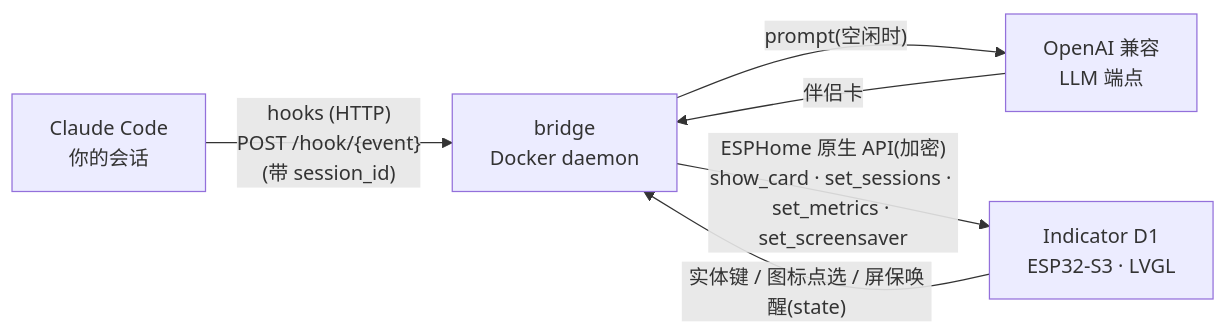
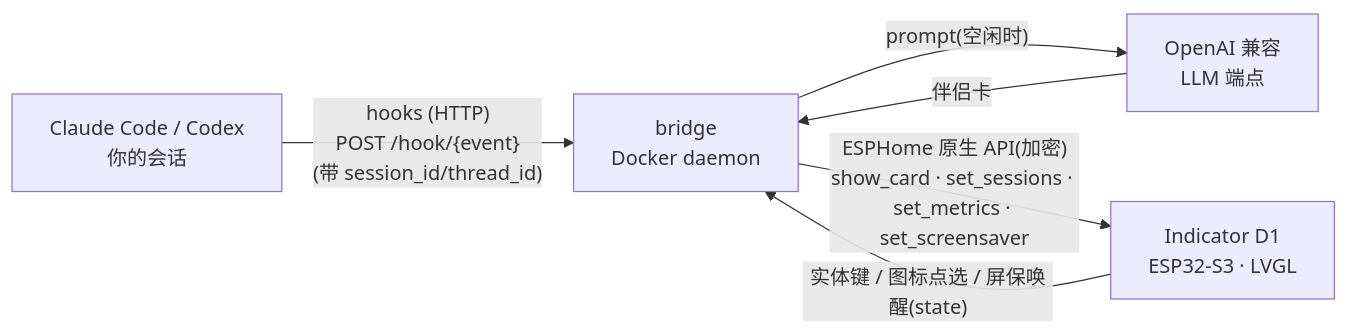
One commit to yufeikang/indicator-ai-companion changed the diagram in README.zh-CN.md. Above: the diagram before and after it, drawn with Mermaid. The commit also changed other lines of this file and 29 other files, not shown here.

First line of the commit message:
feat: Codex support across firmware/bridge/hooks + demo replay mode

````diff
--- a/README.zh-CN.md
+++ b/README.zh-CN.md
@@ -23,13 +24,13 @@
 ```mermaid
 flowchart LR
-    CC["Claude Code<br/>你的会话"]
+    AG["Claude Code / Codex<br/>你的会话"]
     BR["bridge<br/>Docker daemon"]
     LLM["OpenAI 兼容<br/>LLM 端点"]
     DEV["Indicator D1<br/>ESP32-S3 · LVGL"]
 
-    CC -- "hooks (HTTP)<br/>POST /hook/{event}<br/>(带 session_id)" --> BR
+    AG -- "hooks (HTTP)<br/>POST /hook/{event}<br/>(带 session_id/thread_id)" --> BR
     BR -- "prompt(空闲时)" --> LLM
     LLM -- "伴侣卡" --> BR
     BR -- "ESPHome 原生 API(加密)<br/>show_card · set_sessions · set_metrics · set_screensaver" --> DEV
     DEV -- "实体键 / 图标点选 / 屏保唤醒(state)" --> BR
 ```
````
